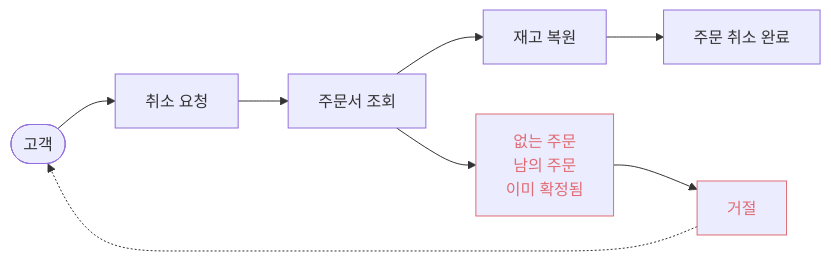
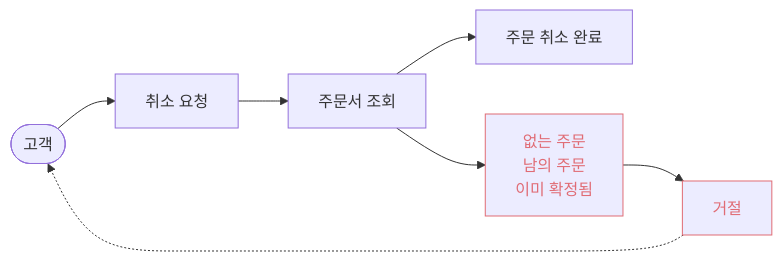
The second of 24 diagrams in docs/week2/usecase.md (asqwklop12/loop-pack-be-l2-vol5-kotlin), drawn with Mermaid before and after one commit. The commit also changed other lines of this file and 47 other files, not shown here.

````diff
--- a/docs/week2/usecase.md
+++ b/docs/week2/usecase.md
@@ -48,14 +48,13 @@
 ```mermaid
 flowchart LR
     고객([고객]) --> A[취소 요청]
     A --> B[주문서 조회]
-    B --> C[재고 복원]
-    C --> D[주문 취소 완료]
+    B --> C[주문 취소 완료]
 
     B --> B1["없는 주문<br/>남의 주문<br/>이미 확정됨"]
     B1 --> X[거절]
     X -.-> 고객
 
     classDef fail stroke:#e06c75,color:#e06c75
     class B1,X fail
 ```
````
